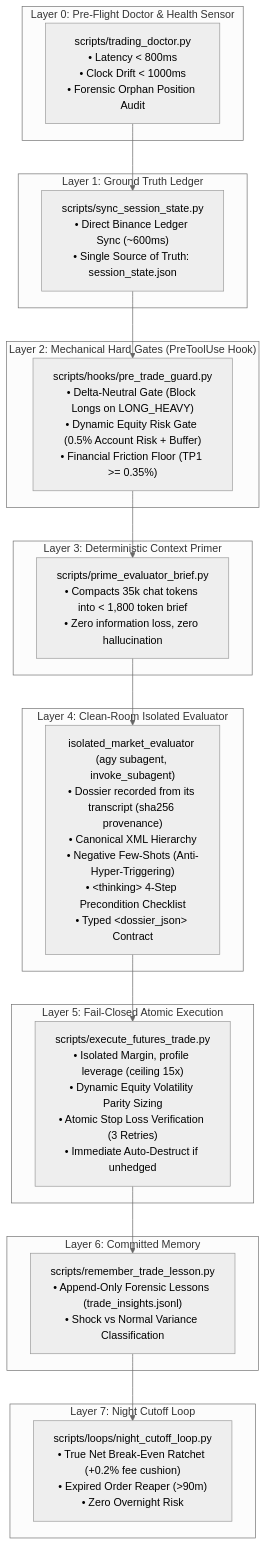
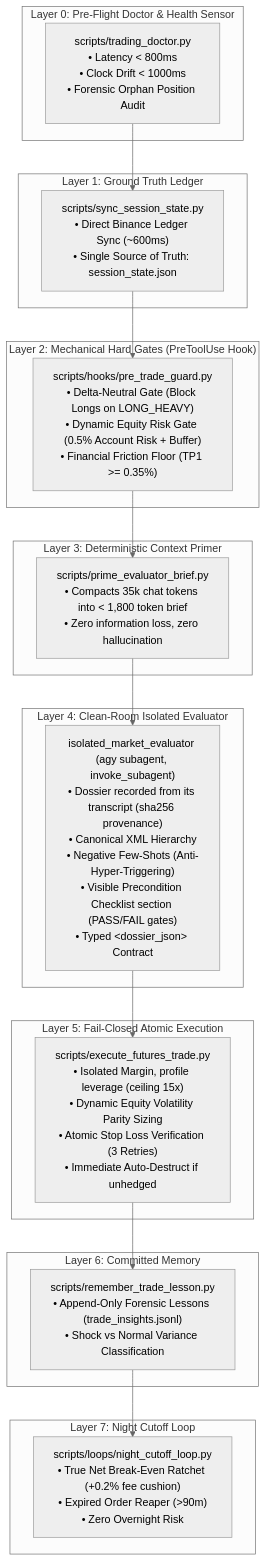
The diagram in README.md (IgnacioN99/autonomous-trading-desk), drawn with Mermaid (neutral theme) before and after one commit. The commit also changed other lines of this file and 7 other files, not shown here.

First line of the commit message:
fix(evaluator): replace tagged scratch output with visible Precondition Checklist

````diff
--- a/README.md
+++ b/README.md
@@ -27,36 +27,36 @@
 ```mermaid
 graph TD
     subgraph L0 ["Layer 0: Pre-Flight Doctor & Health Sensor"]
         DOC["scripts/trading_doctor.py<br/>• Latency < 800ms<br/>• Clock Drift < 1000ms<br/>• Forensic Orphan Position Audit"]
     end
 
     subgraph L1 ["Layer 1: Ground Truth Ledger"]
         SYNC["scripts/sync_session_state.py<br/>• Direct Binance Ledger Sync (~600ms)<br/>• Single Source of Truth: session_state.json"]
     end
 
     subgraph L2 ["Layer 2: Mechanical Hard Gates (PreToolUse Hook)"]
         GATE["scripts/hooks/pre_trade_guard.py<br/>• Delta-Neutral Gate (Block Longs on LONG_HEAVY)<br/>• Dynamic Equity Risk Gate (0.5% Account Risk + Buffer)<br/>• Financial Friction Floor (TP1 >= 0.35%)"]
     end
 
     subgraph L3 ["Layer 3: Deterministic Context Primer"]
         BRIEF["scripts/prime_evaluator_brief.py<br/>• Compacts 35k chat tokens into &lt; 1,800 token brief<br/>• Zero information loss, zero hallucination"]
     end
 
     subgraph L4 ["Layer 4: Clean-Room Isolated Evaluator"]
-        EVAL["isolated_market_evaluator (agy subagent, invoke_subagent)<br/>• Dossier recorded from its transcript (sha256 provenance)<br/>• Canonical XML Hierarchy<br/>• Negative Few-Shots (Anti-Hyper-Triggering)<br/>• &lt;thinking&gt; 4-Step Precondition Checklist<br/>• Typed &lt;dossier_json&gt; Contract"]
+        EVAL["isolated_market_evaluator (agy subagent, invoke_subagent)<br/>• Dossier recorded from its transcript (sha256 provenance)<br/>• Canonical XML Hierarchy<br/>• Negative Few-Shots (Anti-Hyper-Triggering)<br/>• Visible Precondition Checklist section (PASS/FAIL gates)<br/>• Typed &lt;dossier_json&gt; Contract"]
     end
 
     subgraph L5 ["Layer 5: Fail-Closed Atomic Execution"]
         EXEC["scripts/execute_futures_trade.py<br/>• Isolated Margin, profile leverage (ceiling 15x)<br/>• Dynamic Equity Volatility Parity Sizing<br/>• Atomic Stop Loss Verification (3 Retries)<br/>• Immediate Auto-Destruct if unhedged"]
     end
 
     subgraph L6 ["Layer 6: Committed Memory"]
         MEM["scripts/remember_trade_lesson.py<br/>• Append-Only Forensic Lessons (trade_insights.jsonl)<br/>• Shock vs Normal Variance Classification"]
     end
 
     subgraph L7 ["Layer 7: Night Cutoff Loop"]
         LOOP["scripts/loops/night_cutoff_loop.py<br/>• True Net Break-Even Ratchet (+0.2% fee cushion)<br/>• Expired Order Reaper (>90m)<br/>• Zero Overnight Risk"]
     end
 
     DOC --> SYNC --> GATE --> BRIEF --> EVAL --> EXEC --> MEM --> LOOP
 ```
````
